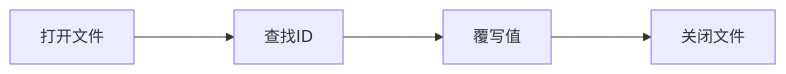
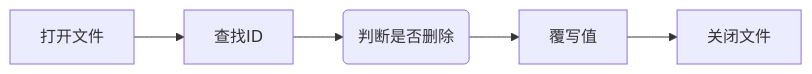
Before and after one commit to caoaolong/coding-soul-docs: the fourth of 5 diagrams in docs/9.手写文本数据库1.md, drawn with Mermaid. The commit also changed other lines of this file and 5 other files, not shown here.

````diff
--- a/docs/9.手写文本数据库1.md
+++ b/docs/9.手写文本数据库1.md
@@ -89,4 +91,4 @@
 ```mermaid
 graph LR;
-A[打开文件] ---> C[查找ID] ---> D[覆写值]  ---> F[关闭文件]
+A[打开文件] --> C[查找ID] -->C1(判断是否删除) --> D[覆写值]  --> F[关闭文件]
 ```
````
